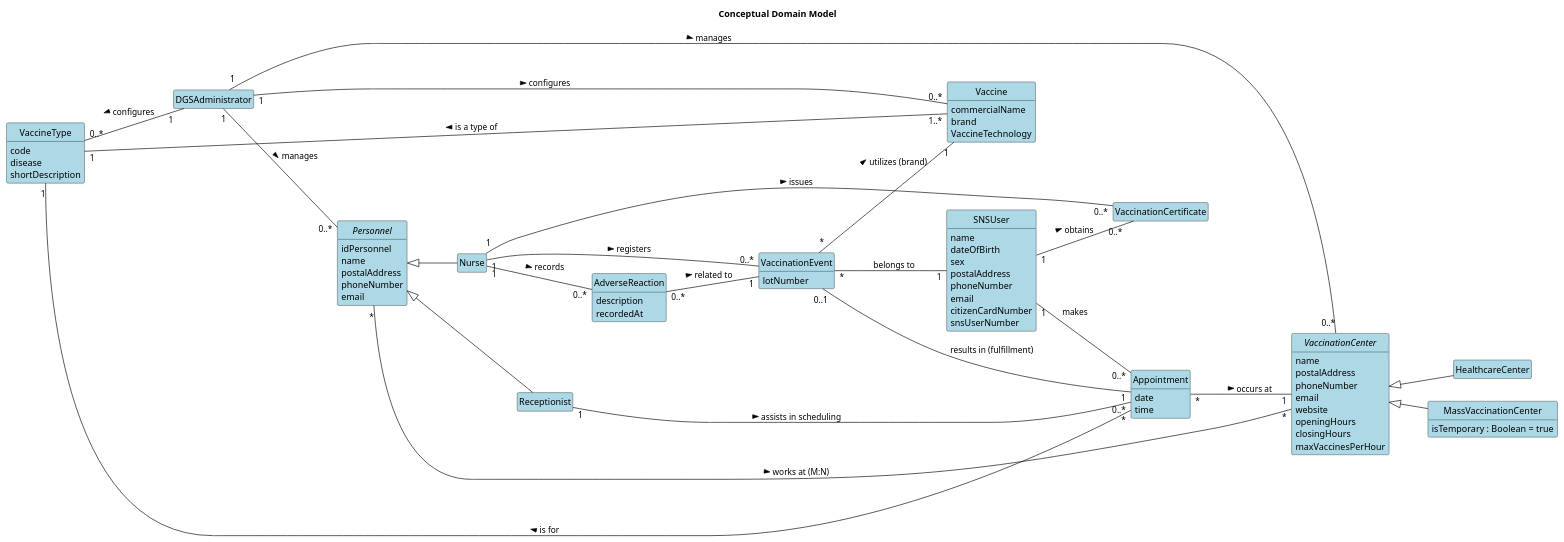
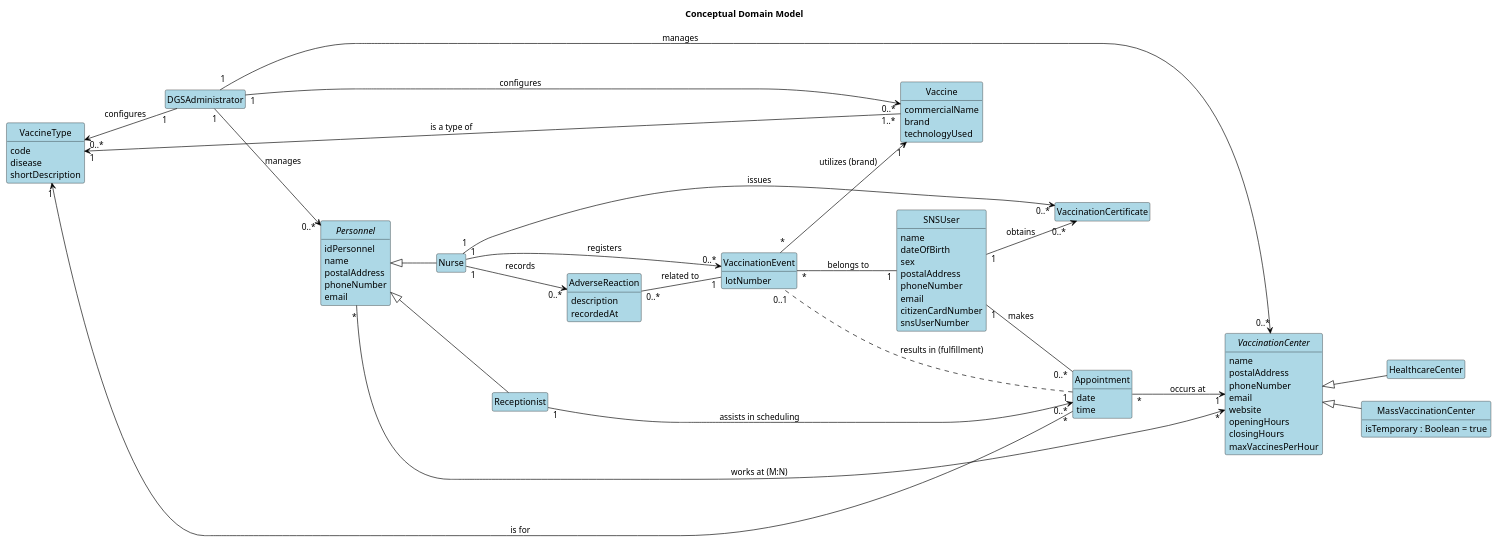
One commit to Vaz-iwnl/leti-esoft-25-26-A2 changed the diagram in docs/system-documentation/global-artifacts/puml/DomainModel.puml. Above: the diagram before and after it, drawn with PlantUML. The commit also changed 31 other files, not shown here.

```diff
--- a/docs/system-documentation/global-artifacts/puml/DomainModel.puml
+++ b/docs/system-documentation/global-artifacts/puml/DomainModel.puml
@@ -1,146 +1,146 @@
 @startuml
 ' --- Configuration (English) ---
 left to right direction
 
 skinparam class {
     BackgroundColor LightBlue
     BorderColor Black
     ArrowColor Black
 }
 skinparam ArrowColor Black
 hide empty members
 hide circle
 title Conceptual Domain Model
 
 ' ------------------------------------------------------------------
 ' --- Classes (Grouping via explicit positioning) ---
 ' ------------------------------------------------------------------
 
 ' --- Core Entities (Left Side) ---
 class SNSUser {
     name
     dateOfBirth
     sex
     postalAddress
     phoneNumber
     email
     citizenCardNumber
     snsUserNumber
 }
 
 class Appointment {
     date
     time
 }
 
 class VaccinationEvent {
     lotNumber
 }
 
 class VaccinationCertificate {
 }
 
 ' *** CLASSE ADICIONADA ***
 class AdverseReaction {
     description
     recordedAt
 }
 
 
 ' --- Personnel and Roles (Central/Top) ---
 abstract class Personnel {
     idPersonnel
     name
     postalAddress
     phoneNumber
     email
 }
 
 class Receptionist {
 }
 
 class Nurse {
 }
 
 class DGSAdministrator {
 }
 
 Personnel <|-- Receptionist
 Personnel <|-- Nurse
 
 
 ' --- Vaccines and Data (Bottom) ---
 class VaccineType {
     code
     disease
     shortDescription
 }
 
 class Vaccine {
     commercialName
     brand
-    VaccineTechnology
+    technologyUsed
 }
 
 
 ' --- Vaccination Centers (Right Side) ---
 abstract class VaccinationCenter {
     name
     postalAddress
     phoneNumber
     email
     website
     openingHours
     closingHours
     maxVaccinesPerHour
 }
 
 class HealthcareCenter {
 }
 
 class MassVaccinationCenter {
     isTemporary : Boolean = true
 }
 
 VaccinationCenter <|-- HealthcareCenter
 VaccinationCenter <|-- MassVaccinationCenter
 
 
 ' ------------------------------------------------------------------
 ' --- RELATIONSHIPS (RELACÕES E DIRECIONALIDADE) ---
 ' ------------------------------------------------------------------
 
 ' --- Core Flow (User -> Appointment -> Event) ---
 SNSUser "1" -- "0..*" Appointment : makes
-Appointment "1" -- "0..1" VaccinationEvent : results in (fulfillment)
+Appointment "1" .. "0..1" VaccinationEvent : results in (fulfillment)
 VaccinationEvent "*" -- "1" SNSUser :belongs to
 
 
 ' --- Centers and Logistics ---
-Appointment "*" -- "1" VaccinationCenter :> occurs at
-Personnel "*" -right- "*" VaccinationCenter : > works at (M:N)
-Receptionist "1" -down- "0..*" Appointment : > assists in scheduling
+Appointment "*" --> "1" VaccinationCenter : occurs at
+Personnel "*" -right-> "*" VaccinationCenter :  works at (M:N)
+Receptionist "1" -down-> "0..*" Appointment : assists in scheduling
 
 
 ' --- Vaccines ---
-Vaccine "1..*" -- "1" VaccineType : > is a type of
-Appointment "*" -- "1" VaccineType : > is for
-VaccinationEvent "*" -- "1" Vaccine : > utilizes (brand)
+Vaccine "1..*" --> "1" VaccineType : is a type of
+Appointment "*" --> "1" VaccineType : is for
+VaccinationEvent "*" --> "1" Vaccine : utilizes (brand)
 
 
 ' --- Documents and Nurse Actions ---
-SNSUser "1" -- "0..*" VaccinationCertificate :> obtains
-Nurse "1" -down- "0..*" VaccinationEvent :> registers
-Nurse "1" -right- "0..*" VaccinationCertificate : > issues
+SNSUser "1" --> "0..*" VaccinationCertificate : obtains
+Nurse "1" -down-> "0..*" VaccinationEvent : registers
+Nurse "1" -right-> "0..*" VaccinationCertificate : issues
 
 ' *** RELAÇÕES ADICIONADAS ***
-Nurse "1" -- "0..*" AdverseReaction : > records
-AdverseReaction "0..*" -- "1" VaccinationEvent : > related to
+Nurse "1" --> "0..*" AdverseReaction : records
+AdverseReaction "0..*" -- "1" VaccinationEvent : related to
 
 
 ' --- Administration and Management ---
-DGSAdministrator "1" --"0..*" VaccinationCenter : > manages
-DGSAdministrator "1" -- "0..*" Personnel : > manages
-DGSAdministrator "1" -- "0..*" Vaccine : > configures
-DGSAdministrator "1" -up- "0..*" VaccineType : > configures
+DGSAdministrator "1" -down-> "0..*" VaccinationCenter : manages
+DGSAdministrator "1" -down-> "0..*" Personnel : manages
+DGSAdministrator "1" -down-> "0..*" Vaccine : configures
+DGSAdministrator "1" -up-> "0..*" VaccineType : configures
 @enduml
```
